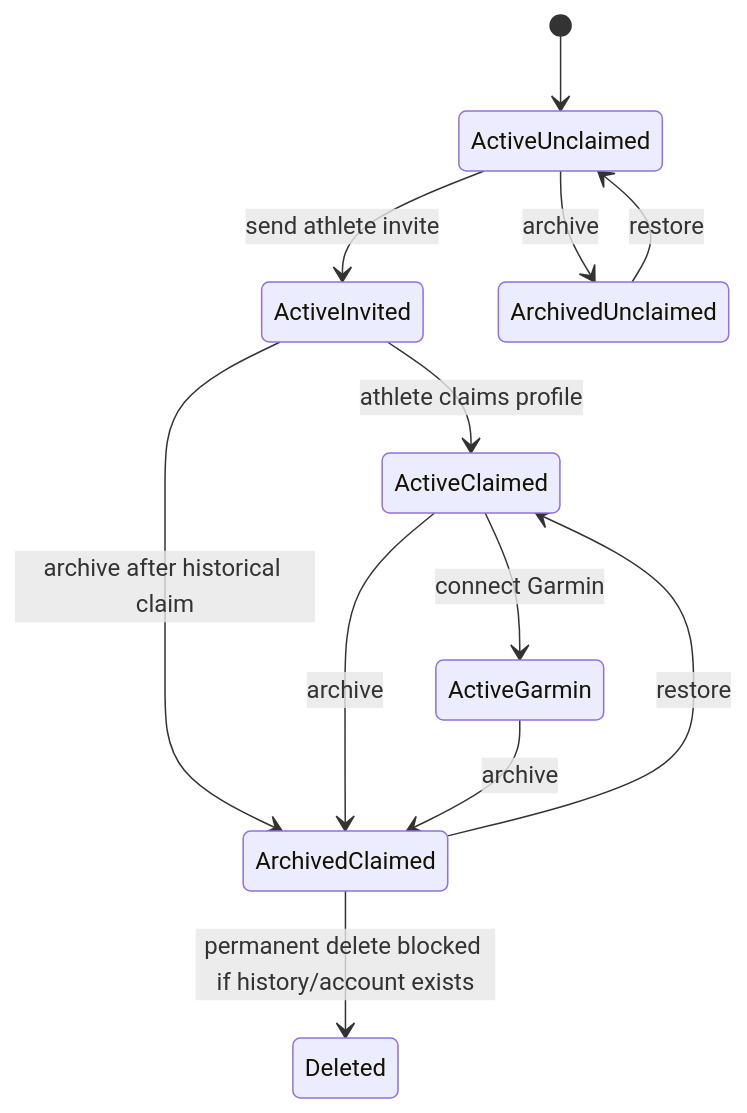
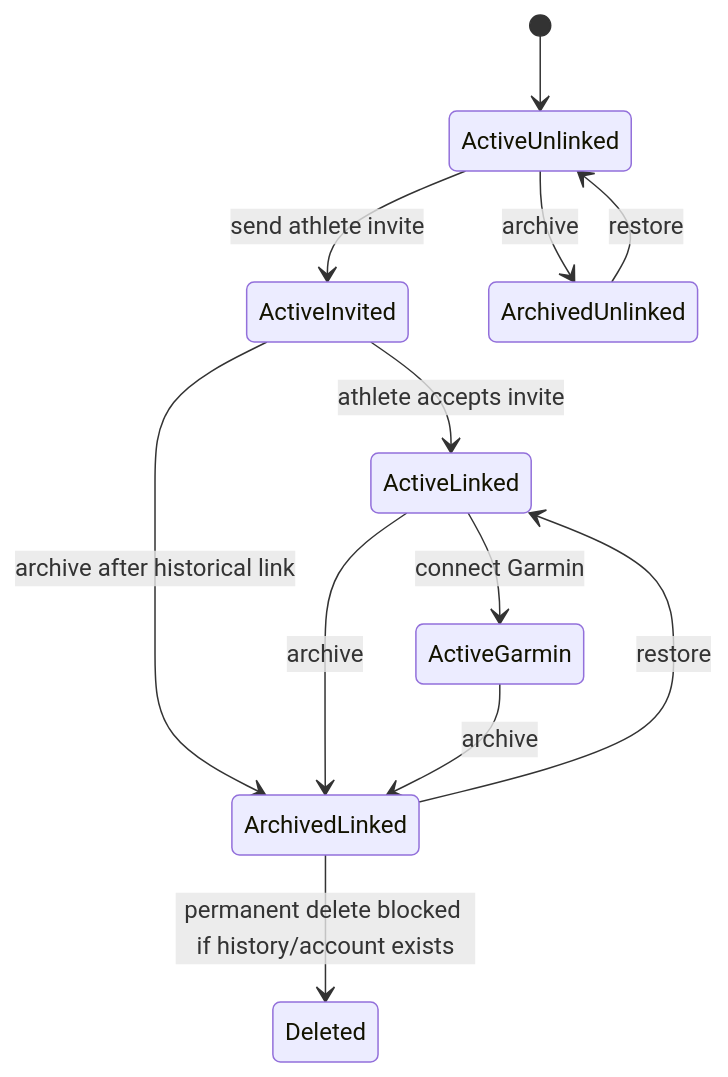
The diagram in docs/LIFECYCLE_STATE_MATRIX.md (eademi/pulsi), drawn with Mermaid before and after one commit. The commit also changed other lines of this file and 43 other files, not shown here.

First line of the commit message:
feat: refactor athlete invite system and introduce admin routes for Garmin management

````diff
--- a/docs/LIFECYCLE_STATE_MATRIX.md
+++ b/docs/LIFECYCLE_STATE_MATRIX.md
@@ -38,14 +38,14 @@
 ```mermaid
 stateDiagram-v2
-  [*] --> ActiveUnclaimed
-  ActiveUnclaimed --> ActiveInvited: send athlete invite
-  ActiveInvited --> ActiveClaimed: athlete claims profile
-  ActiveClaimed --> ActiveGarmin: connect Garmin
-  ActiveUnclaimed --> ArchivedUnclaimed: archive
-  ActiveInvited --> ArchivedClaimed: archive after historical claim
-  ActiveClaimed --> ArchivedClaimed: archive
-  ActiveGarmin --> ArchivedClaimed: archive
-  ArchivedUnclaimed --> ActiveUnclaimed: restore
-  ArchivedClaimed --> ActiveClaimed: restore
-  ArchivedClaimed --> Deleted: permanent delete blocked if history/account exists
+  [*] --> ActiveUnlinked
+  ActiveUnlinked --> ActiveInvited: send athlete invite
+  ActiveInvited --> ActiveLinked: athlete accepts invite
+  ActiveLinked --> ActiveGarmin: connect Garmin
+  ActiveUnlinked --> ArchivedUnlinked: archive
+  ActiveInvited --> ArchivedLinked: archive after historical link
+  ActiveLinked --> ArchivedLinked: archive
+  ActiveGarmin --> ArchivedLinked: archive
+  ArchivedUnlinked --> ActiveUnlinked: restore
+  ArchivedLinked --> ActiveLinked: restore
+  ArchivedLinked --> Deleted: permanent delete blocked if history/account exists
 ```
````
